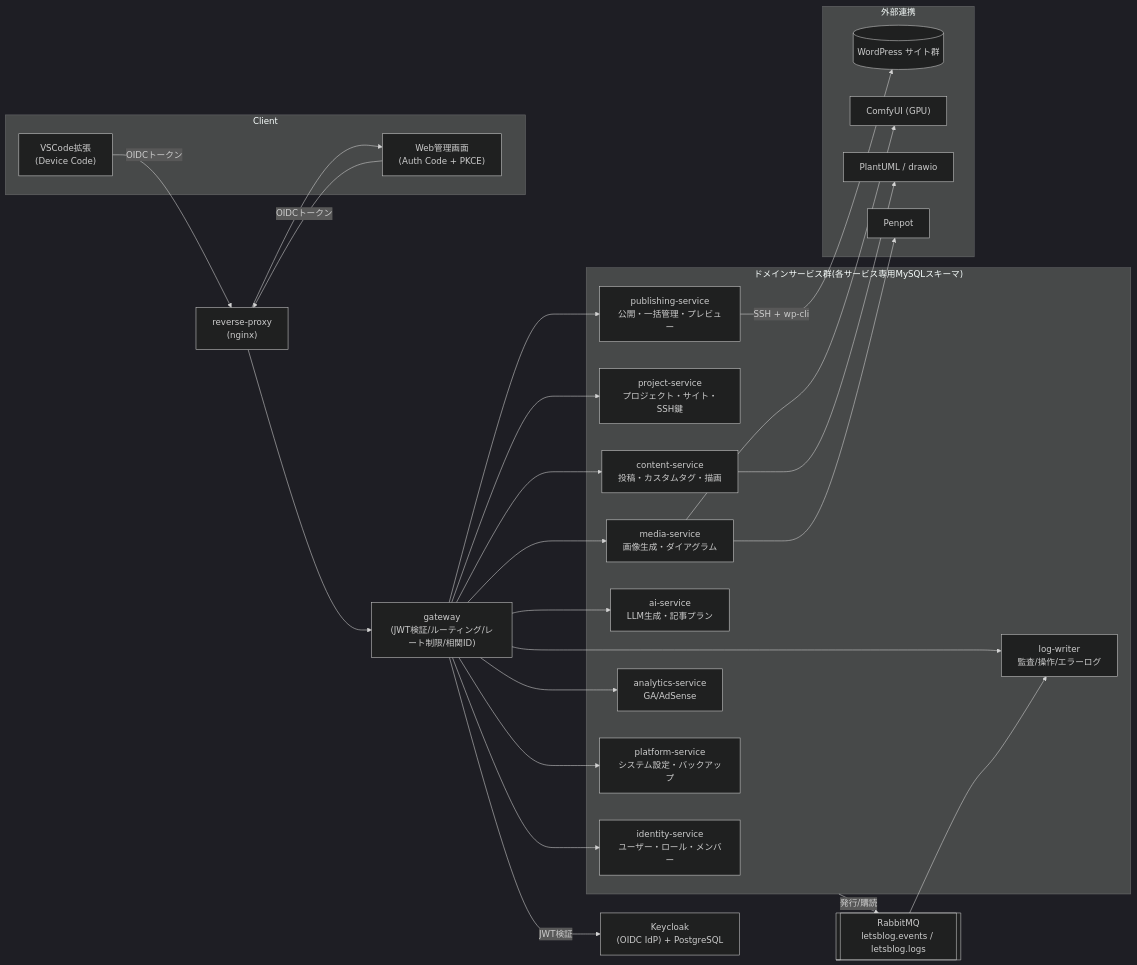
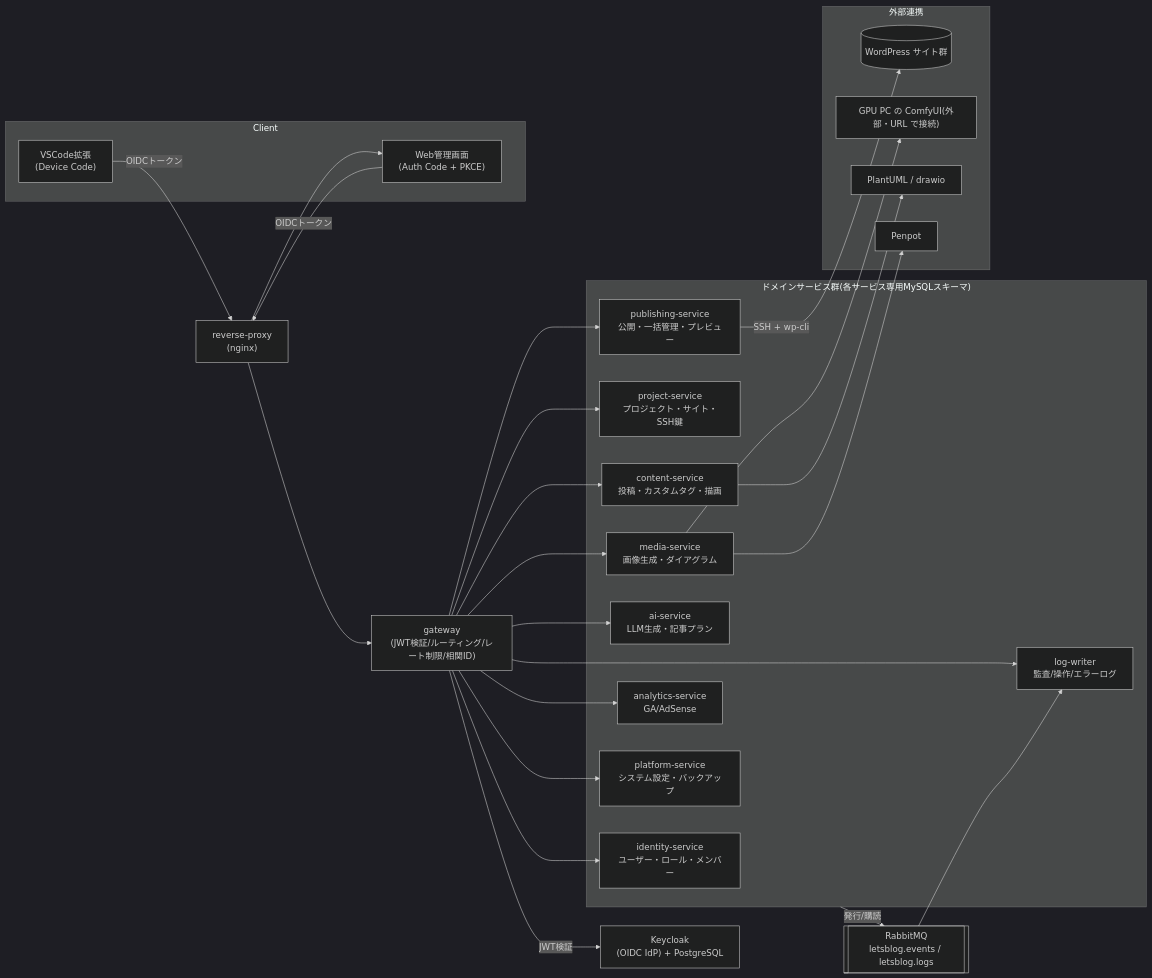
One commit to tonoccho/lets_blog_server changed the diagram in README.md. Above: the diagram before and after it, drawn with Mermaid (dark theme). The commit also changed other lines of this file and 68 other files, not shown here.

Commit message:
feat: 同梱の ComfyUI をやめ、GPU PC の ComfyUI へ URL で接続する構成にする (#1746)

````diff
--- a/README.md
+++ b/README.md
@@ -20,53 +20,53 @@
 ```mermaid
 flowchart LR
     subgraph Client
         VSCode["VSCode拡張<br/>(Device Code)"]
         Web["Web管理画面<br/>(Auth Code + PKCE)"]
     end
 
     RP["reverse-proxy<br/>(nginx)"]
     GW["gateway<br/>(JWT検証/ルーティング/レート制限/相関ID)"]
     KC["Keycloak<br/>(OIDC IdP) + PostgreSQL"]
 
     subgraph Services["ドメインサービス群(各サービス専用MySQLスキーマ)"]
         Identity["identity-service<br/>ユーザー・ロール・メンバー"]
         Project["project-service<br/>プロジェクト・サイト・SSH鍵"]
         Content["content-service<br/>投稿・カスタムタグ・描画"]
         Media["media-service<br/>画像生成・ダイアグラム"]
         AI["ai-service<br/>LLM生成・記事プラン"]
         Publishing["publishing-service<br/>公開・一括管理・プレビュー"]
         Analytics["analytics-service<br/>GA/AdSense"]
         Platform["platform-service<br/>システム設定・バックアップ"]
         LogW["log-writer<br/>監査/操作/エラーログ"]
     end
 
     Events[["RabbitMQ<br/>letsblog.events / letsblog.logs"]]
 
     subgraph External["外部連携"]
         WP[("WordPress サイト群")]
-        ComfyUI["ComfyUI (GPU)"]
+        ComfyUI["GPU PC の ComfyUI(外部・URL で接続)"]
         PlantUML["PlantUML / drawio"]
         Penpot["Penpot"]
     end
 
     VSCode -- OIDCトークン --> RP
     Web -- OIDCトークン --> RP
     RP --> GW
     RP --> Web
     GW -- JWT検証 --> KC
     GW --> Identity
     GW --> Project
     GW --> Content
     GW --> Media
     GW --> AI
     GW --> Publishing
     GW --> Analytics
     GW --> Platform
     GW --> LogW
     Services -- 発行/購読 --> Events
     Events --> LogW
     Publishing -- "SSH + wp-cli" --> WP
     Media --> ComfyUI
     Media --> Penpot
     Content --> PlantUML
 ```
````
